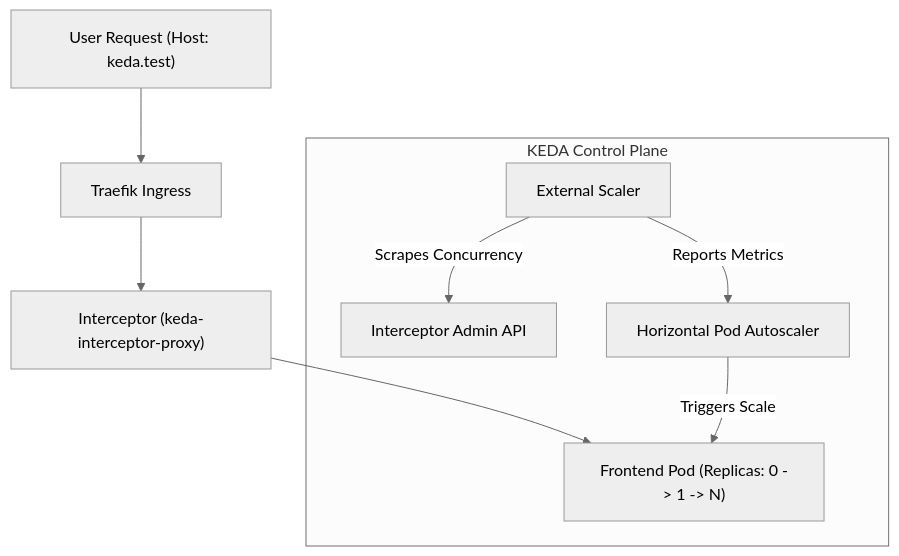
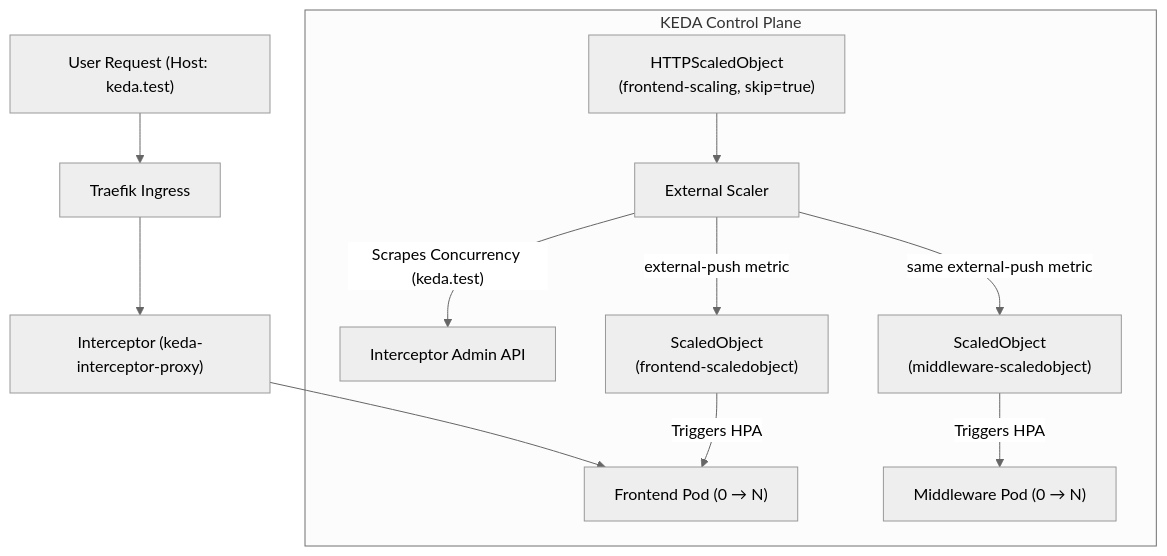
Before and after one commit to greenorchid/k3d-playground: the diagram in README.md, drawn with Mermaid (neutral theme). The commit also changed other lines of this file and 3 other files, not shown here.

Commit message:
Add custom ScaledObject for each micrososervice to be symmetrically scaled from a single HTTPScaledObject

````diff
--- a/README.md
+++ b/README.md
@@ -33,12 +37,15 @@
 ```mermaid
 graph TD
     User["User Request (Host: keda.test)"] --> Traefik["Traefik Ingress"]
     Traefik --> Proxy["Interceptor (keda-interceptor-proxy)"]
-    Proxy --> Pod["Frontend Pod (Replicas: 0 -> 1 -> N)"]
-    
+    Proxy --> PodFE["Frontend Pod (0 → N)"]
+
     subgraph "KEDA Control Plane"
-        Scaler["External Scaler"] -- "Scrapes Concurrency" --> Admin["Interceptor Admin API"]
-        Scaler -- "Reports Metrics" --> HPA["Horizontal Pod Autoscaler"]
-        HPA -- "Triggers Scale" --> Pod
+        Scaler["External Scaler"] -- "Scrapes Concurrency (keda.test)" --> Admin["Interceptor Admin API"]
+        HTTPObj["HTTPScaledObject\n(frontend-scaling, skip=true)"] --> Scaler
+        Scaler -- "external-push metric" --> SO_FE["ScaledObject\n(frontend-scaledobject)"]
+        Scaler -- "same external-push metric" --> SO_MW["ScaledObject\n(middleware-scaledobject)"]
+        SO_FE -- "Triggers HPA" --> PodFE
+        SO_MW -- "Triggers HPA" --> PodMW["Middleware Pod (0 → N)"]
     end
 ```
````
